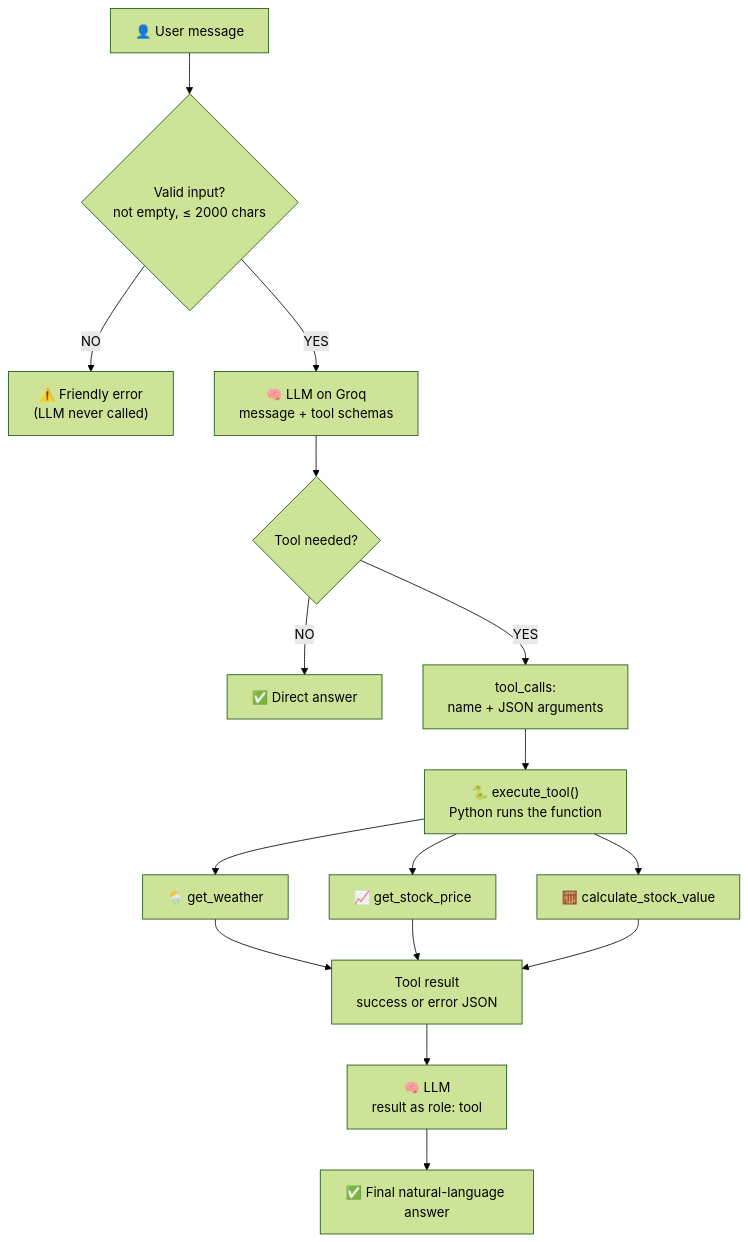
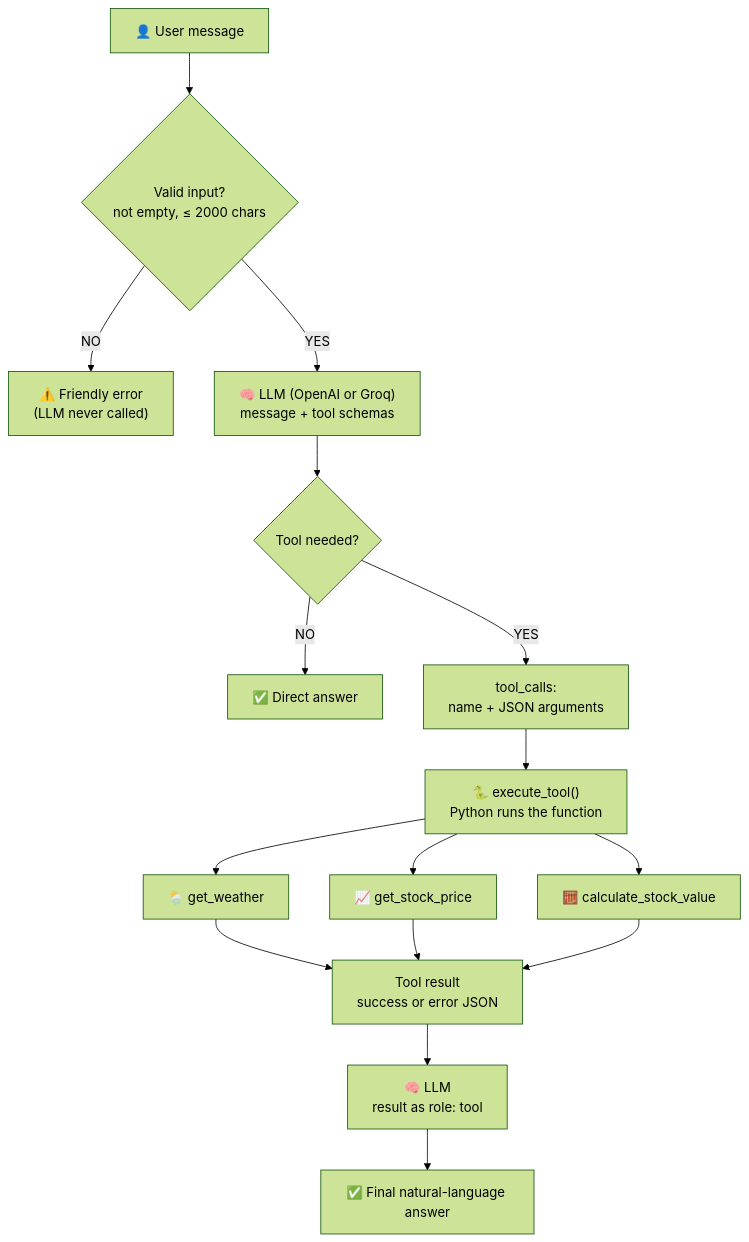
The first of 2 diagrams in Task2/README.md (Vaibhavsable451/techtaru-digital-task), drawn with Mermaid (forest theme) before and after one commit. The commit also changed other lines of this file, not shown here.

````diff
--- a/Task2/README.md
+++ b/Task2/README.md
@@ -78,16 +80,16 @@
 ```mermaid
 flowchart TD
     U["👤 User message"] --> V{"Valid input?<br/>not empty, ≤ 2000 chars"}
     V -- "NO" --> E["⚠️ Friendly error<br/>(LLM never called)"]
-    V -- "YES" --> L1["🧠 LLM on Groq<br/>message + tool schemas"]
+    V -- "YES" --> L1["🧠 LLM (OpenAI or Groq)<br/>message + tool schemas"]
     L1 --> D{"Tool needed?"}
     D -- "NO" --> ANS["✅ Direct answer"]
     D -- "YES" --> TC["tool_calls:<br/>name + JSON arguments"]
     TC --> X["🐍 execute_tool()<br/>Python runs the function"]
     X --> W["🌦️ get_weather"]
     X --> S["📈 get_stock_price"]
     X --> C["🧮 calculate_stock_value"]
     W & S & C --> R["Tool result<br/>success or error JSON"]
     R --> L2["🧠 LLM<br/>result as role: tool"]
     L2 --> FIN["✅ Final natural-language answer"]
 ```
````
